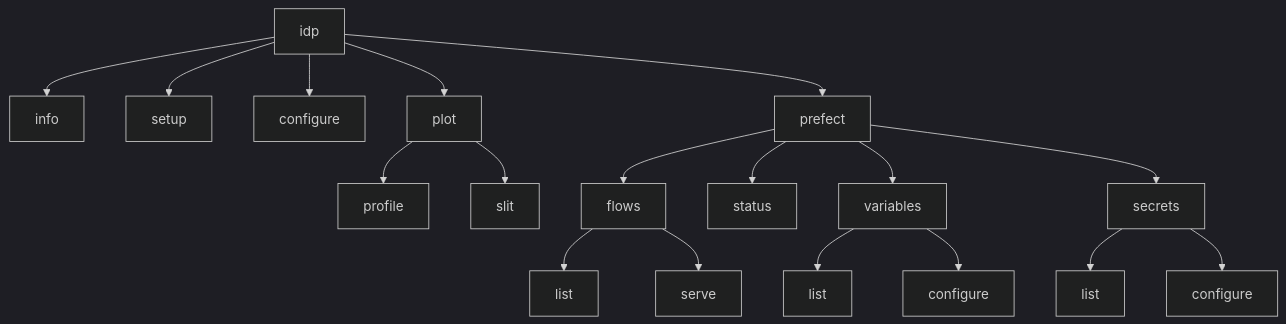
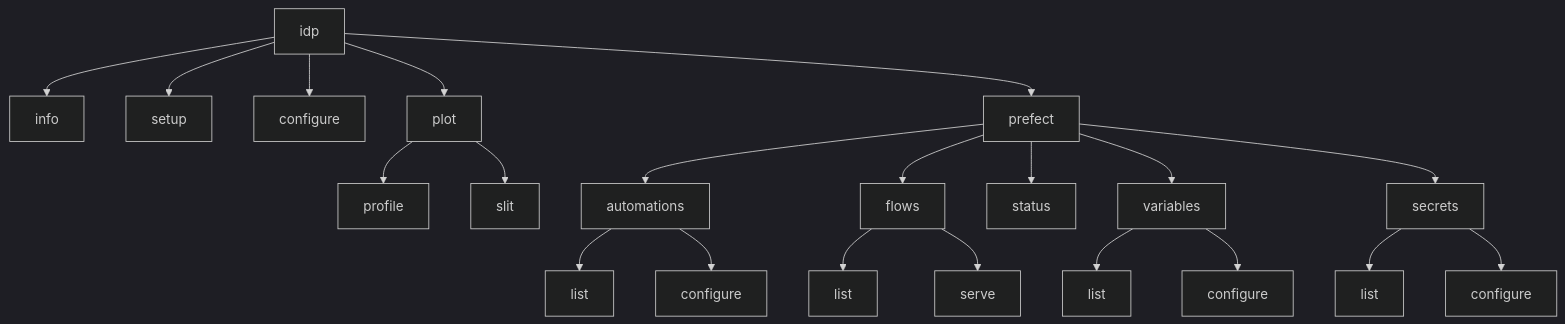
The first of 2 diagrams in docs/cli/cli_usage.md (cdeldon/irsol-data-pipeline), drawn with Mermaid (dark theme) before and after one commit. The commit also changed other lines of this file and 5 other files, not shown here.

First line of the commit message:
refactor: move automations from idp configure into idp prefect automations subcommand

````diff
--- a/docs/cli/cli_usage.md
+++ b/docs/cli/cli_usage.md
@@ -11,45 +11,52 @@
 ```mermaid
 flowchart TD
     IDP["idp"]
     INFO["info"]
     SETUP["setup"]
     CONFIGURE["configure"]
     PLOT["plot"]
     PREFECT["prefect"]
 
     PROFILE["profile"]
     SLIT["slit"]
+
+    AUTOMATIONS["automations"]
+    LIST_A["list"]
+    CONFIGURE_A["configure"]
 
     FLOWS["flows"]
     STATUS["status"]
     VARS["variables"]
     SECRETS["secrets"]
 
     LIST_F["list"]
     SERVE["serve"]
     LIST_V["list"]
     CONFIGURE_V["configure"]
     LIST_S["list"]
     CONFIGURE_S["configure"]
 
     IDP --> INFO
     IDP --> SETUP
     IDP --> CONFIGURE
     IDP --> PLOT
     IDP --> PREFECT
 
     PLOT --> PROFILE
     PLOT --> SLIT
 
+    PREFECT --> AUTOMATIONS
     PREFECT --> FLOWS
     PREFECT --> STATUS
     PREFECT --> VARS
     PREFECT --> SECRETS
 
+    AUTOMATIONS --> LIST_A
+    AUTOMATIONS --> CONFIGURE_A
     FLOWS --> LIST_F
     FLOWS --> SERVE
     VARS --> LIST_V
     VARS --> CONFIGURE_V
     SECRETS --> LIST_S
     SECRETS --> CONFIGURE_S
 ```
````
